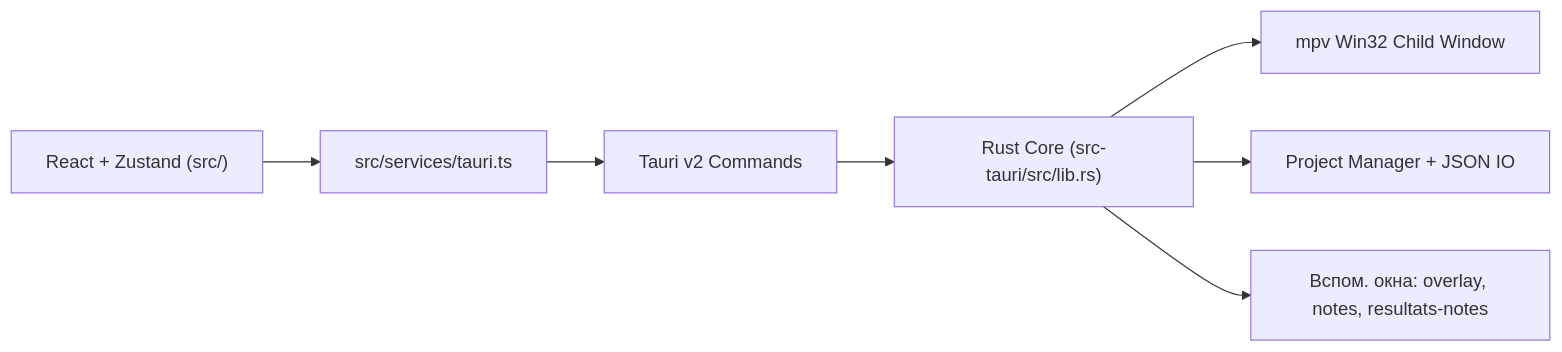
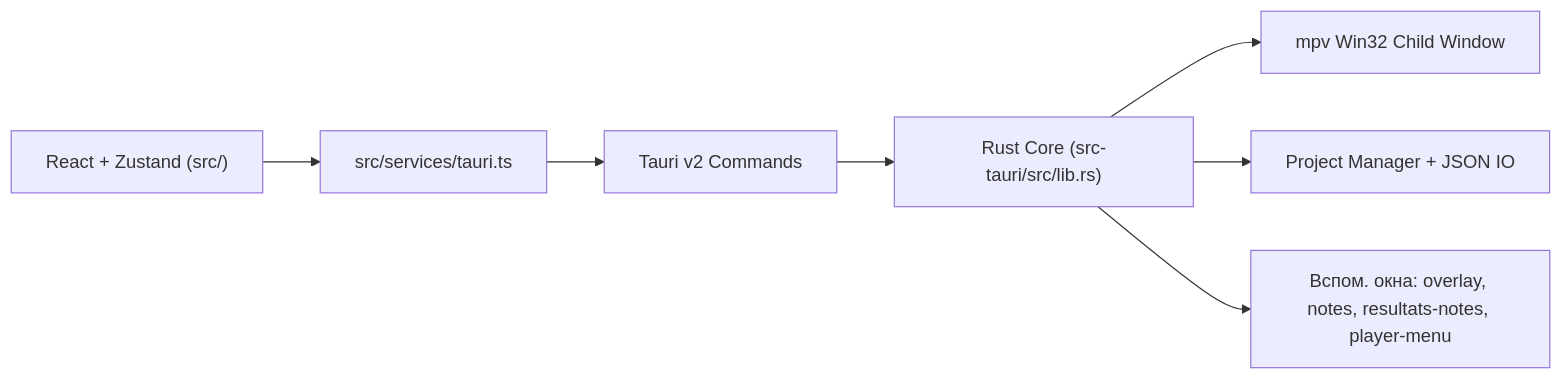
Before and after one commit to NetsumaInfo/application-bareme-amv-france: the diagram in README.ru.md, drawn with Mermaid. The commit also changed other lines of this file and 4 other files, not shown here.

Commit message:
docs(readme): sync translations (remove doc note, add player-menu + app update store)

````diff
--- a/README.ru.md
+++ b/README.ru.md
@@ -48,9 +46,9 @@
 ```mermaid
 flowchart LR
   UI["React + Zustand (src/)"] --> API["src/services/tauri.ts"]
   API --> IPC["Tauri v2 Commands"]
   IPC --> Core["Rust Core (src-tauri/src/lib.rs)"]
   Core --> MPV["mpv Win32 Child Window"]
   Core --> Proj["Project Manager + JSON IO"]
-  Core --> Aux["Вспом. окна: overlay, notes, resultats-notes"]
+  Core --> Aux["Вспом. окна: overlay, notes, resultats-notes, player-menu"]
 ```
````
